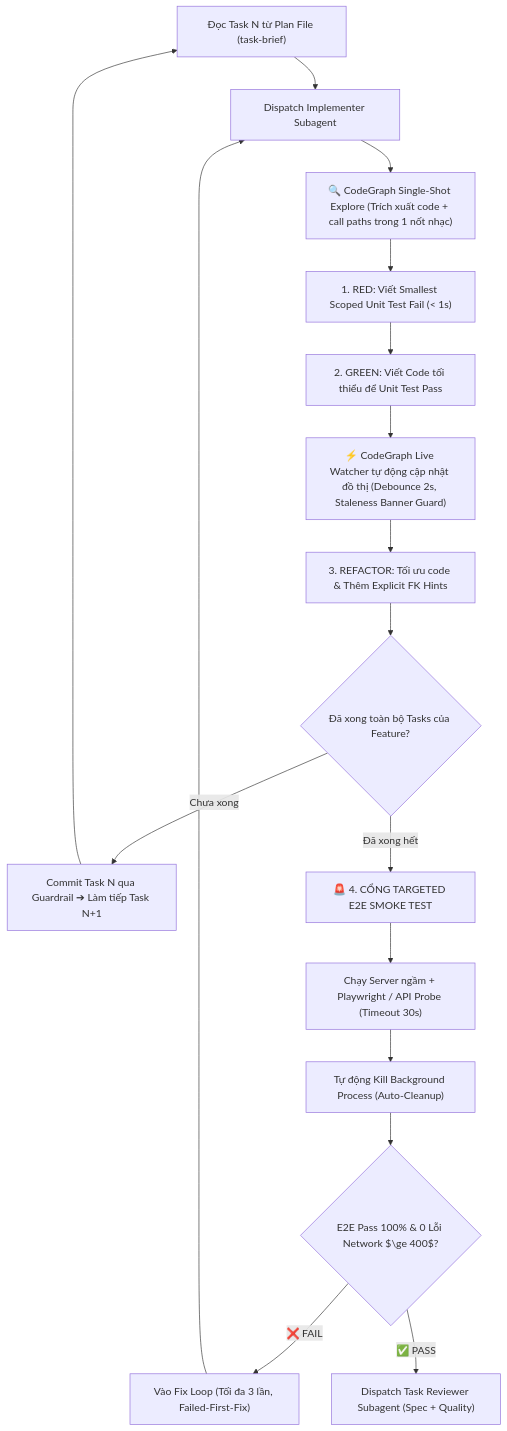
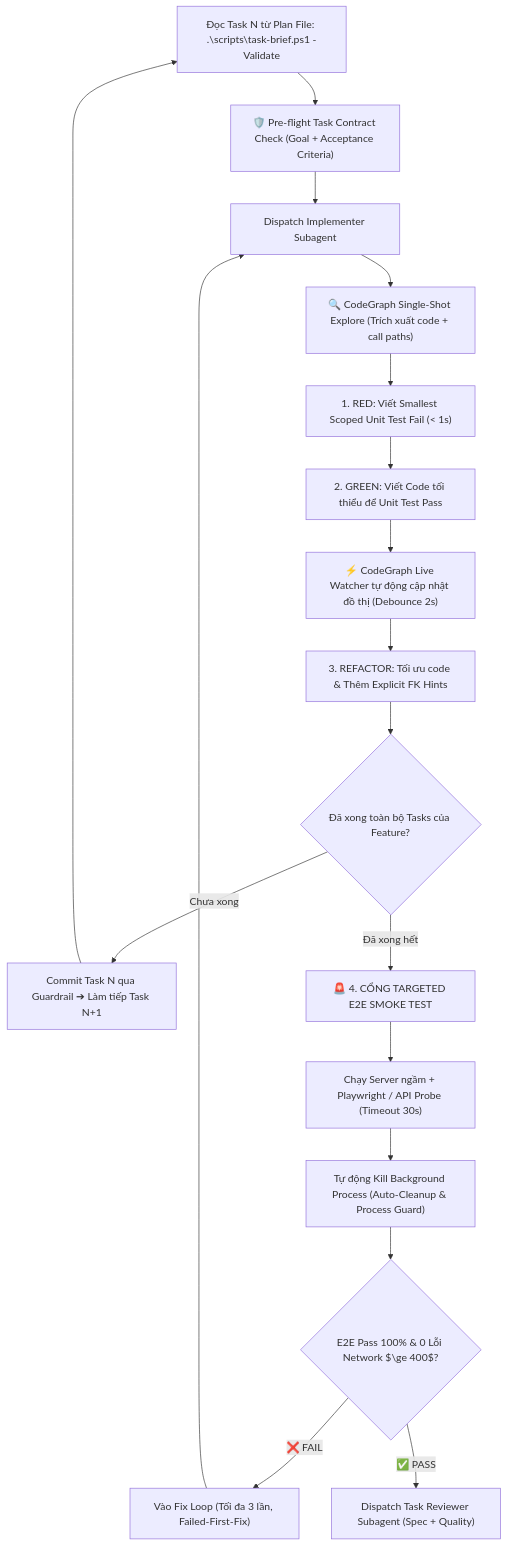
The diagram in global_workflows/code.md (tranngoc-dev/Anti-Workflow-Ultimate), drawn with Mermaid before and after one commit. The commit also changed 14 other files, not shown here.

Commit message:
feat: upgrade to v4.11.0 with Dify-inspired Semantic Brain RAG, Pre-flight Gate, and Observability Ledger

````diff
--- a/global_workflows/code.md
+++ b/global_workflows/code.md
@@ -44,19 +44,20 @@
 ```mermaid
 flowchart TD
-    A["Đọc Task N từ Plan File (task-brief)"] --> B["Dispatch Implementer Subagent"]
-    B --> B1["🔍 CodeGraph Single-Shot Explore (Trích xuất code + call paths trong 1 nốt nhạc)"]
-    B1 --> C["1. RED: Viết Smallest Scoped Unit Test Fail (< 1s)"]
-    C --> D["2. GREEN: Viết Code tối thiểu để Unit Test Pass"]
-    D --> D1["⚡ CodeGraph Live Watcher tự động cập nhật đồ thị (Debounce 2s, Staleness Banner Guard)"]
-    D1 --> E["3. REFACTOR: Tối ưu code & Thêm Explicit FK Hints"]
-    E --> F{"Đã xong toàn bộ Tasks của Feature?"}
-    F -->|Chưa xong| G["Commit Task N qua Guardrail ➔ Làm tiếp Task N+1"]
-    G --> A
-    F -->|Đã xong hết| H["🚨 4. CỔNG TARGETED E2E SMOKE TEST"]
-    H --> I["Chạy Server ngầm + Playwright / API Probe (Timeout 30s)"]
-    I --> J["Tự động Kill Background Process (Auto-Cleanup)"]
-    J --> K{"E2E Pass 100% & 0 Lỗi Network $\ge 400$?"}
-    K -->|❌ FAIL| L["Vào Fix Loop (Tối đa 3 lần, Failed-First-Fix)"]
-    L --> B
-    K -->|✅ PASS| M["Dispatch Task Reviewer Subagent (Spec + Quality)"]
+    A["Đọc Task N từ Plan File: .\scripts\task-brief.ps1 -Validate"] --> B["🛡️ Pre-flight Task Contract Check (Goal + Acceptance Criteria)"]
+    B --> C["Dispatch Implementer Subagent"]
+    C --> C1["🔍 CodeGraph Single-Shot Explore (Trích xuất code + call paths)"]
+    C1 --> D["1. RED: Viết Smallest Scoped Unit Test Fail (< 1s)"]
+    D --> E["2. GREEN: Viết Code tối thiểu để Unit Test Pass"]
+    E --> E1["⚡ CodeGraph Live Watcher tự động cập nhật đồ thị (Debounce 2s)"]
+    E1 --> F["3. REFACTOR: Tối ưu code & Thêm Explicit FK Hints"]
+    F --> G{"Đã xong toàn bộ Tasks của Feature?"}
+    G -->|Chưa xong| H["Commit Task N qua Guardrail ➔ Làm tiếp Task N+1"]
+    H --> A
+    G -->|Đã xong hết| I["🚨 4. CỔNG TARGETED E2E SMOKE TEST"]
+    I --> J["Chạy Server ngầm + Playwright / API Probe (Timeout 30s)"]
+    J --> K["Tự động Kill Background Process (Auto-Cleanup & Process Guard)"]
+    K --> L{"E2E Pass 100% & 0 Lỗi Network $\ge 400$?"}
+    L -->|❌ FAIL| M["Vào Fix Loop (Tối đa 3 lần, Failed-First-Fix)"]
+    M --> C
+    L -->|✅ PASS| N["Dispatch Task Reviewer Subagent (Spec + Quality)"]
 ```
````
